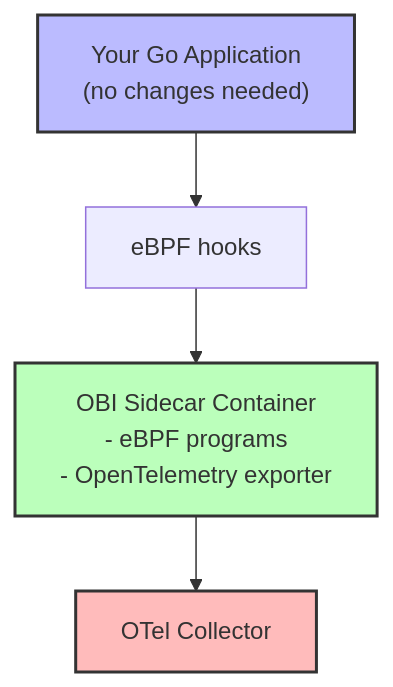
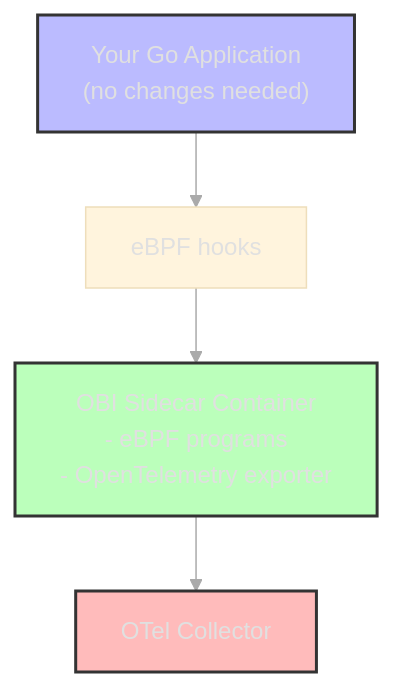
The third of 4 diagrams in presentation.md (hannahkm/fosdem-2026), drawn with Mermaid before and after one commit. The commit also changed other lines of this file and 1 other file, not shown here.

````diff
--- a/presentation.md
+++ b/presentation.md
@@ -594,15 +594,16 @@
 ```mermaid
+%%{init: {'theme': 'base', 'themeVariables': { 'background': '#2a2a3d', 'primaryTextColor': '#e0e0e0', 'lineColor': '#aaa' }}}%%
 graph TB
     app["Your Go Application<br/>(no changes needed)"]
     ebpf[eBPF hooks]
     sidecar["OBI Sidecar Container<br/>- eBPF programs<br/>- OpenTelemetry exporter"]
     collector[OTel Collector]
 
     app --> ebpf
     ebpf --> sidecar
     sidecar --> collector
 
     style app fill:#bbf,stroke:#333,stroke-width:2px
     style sidecar fill:#bfb,stroke:#333,stroke-width:2px
     style collector fill:#fbb,stroke:#333,stroke-width:2px
 ```
````
